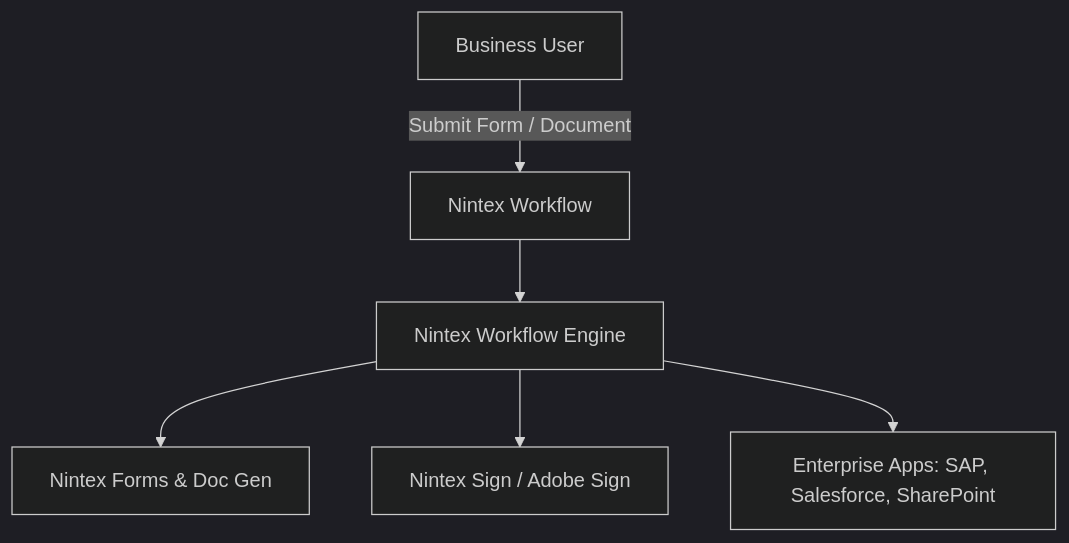
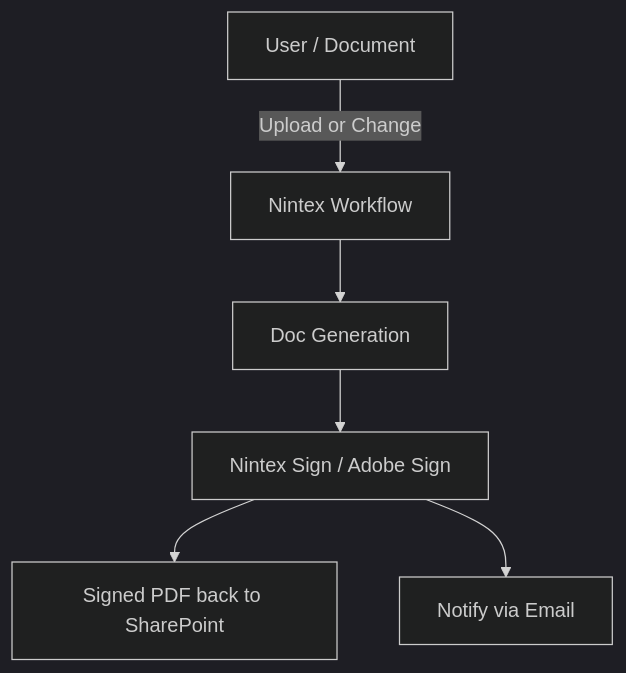
The first of 2 diagrams in docs/Nintex/comparison.md (Cloudstrucc/Public), drawn with Mermaid (dark theme) before and after one commit. The commit also changed other lines of this file, not shown here.

Commit message:
nintex desc

````diff
--- a/docs/Nintex/comparison.md
+++ b/docs/Nintex/comparison.md
@@ -151,8 +134,8 @@
 ```mermaid
 flowchart TD
-    A[Business User] -->|Submit Form / Document| B[Nintex Workflow]
-    B --> C[Nintex Workflow Engine]
-    C --> D[Nintex Forms & Doc Gen]
-    C --> E["Nintex Sign / Adobe Sign"]
-    C --> F["Enterprise Apps: SAP, Salesforce, SharePoint"]
+    A[User / Document] -->|Upload or Change| B[Nintex Workflow]
+    B --> C[Doc Generation]
+    C --> D[Nintex Sign / Adobe Sign]
+    D --> E[Signed PDF back to SharePoint]
+    D --> F[Notify via Email]
 ```
````
